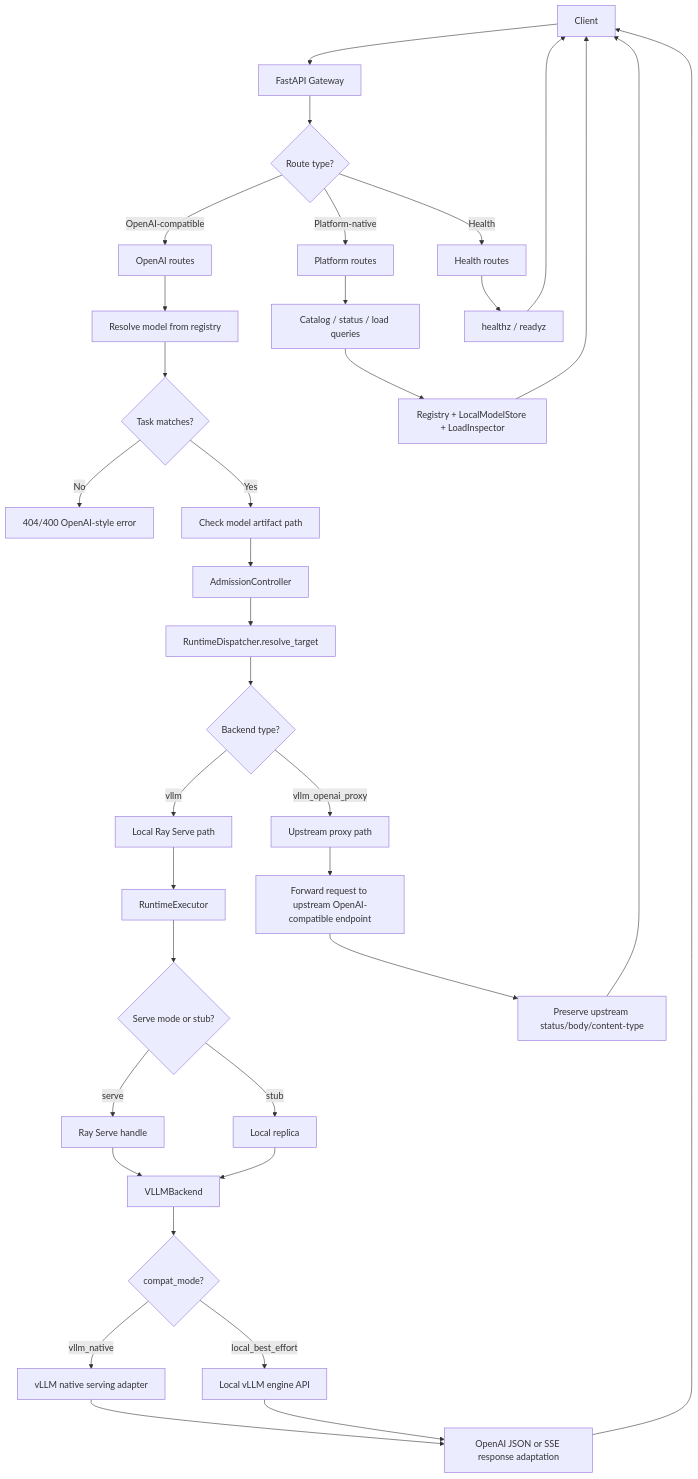
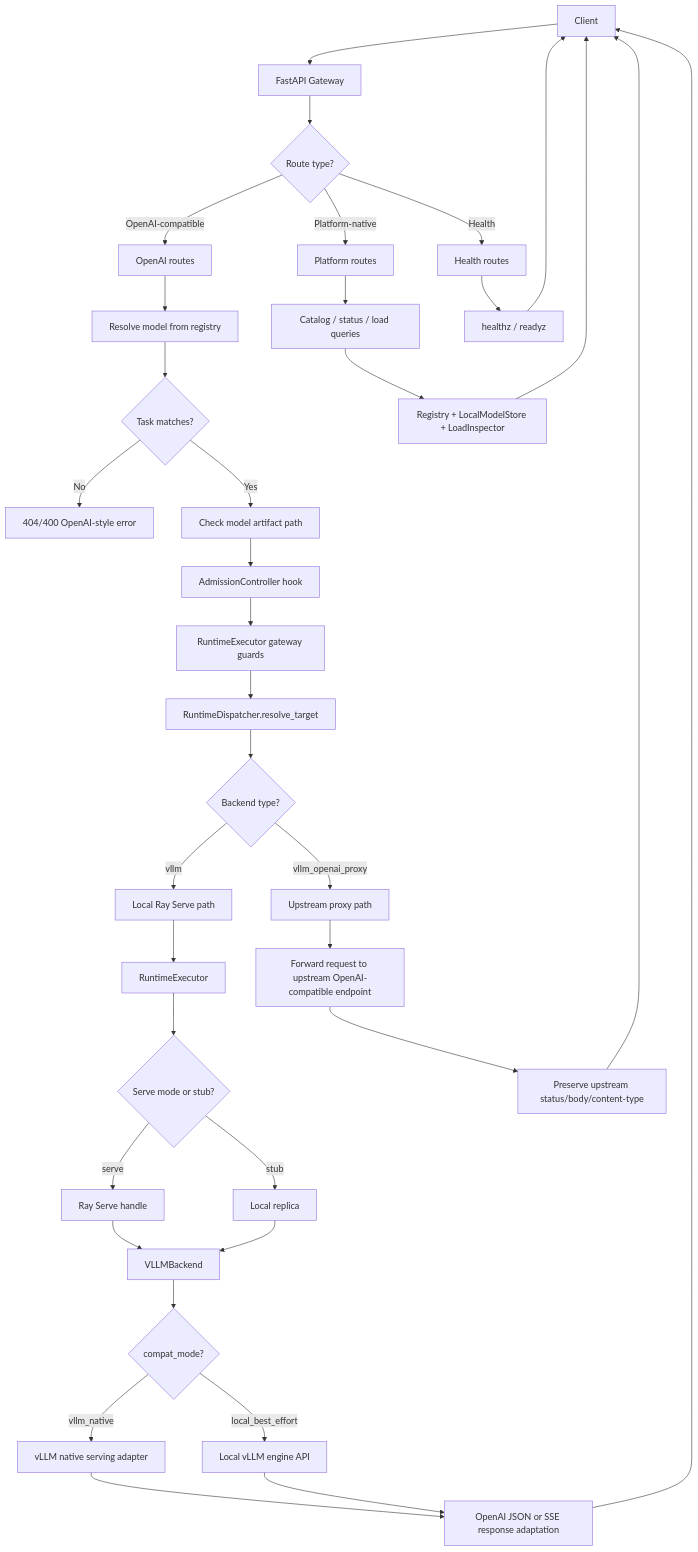
The second of 2 diagrams in docs/ARCHITECTURE.md (Flying-Henanese/infer-nexus), drawn with Mermaid before and after one commit. The commit also changed other lines of this file and 4 other files, not shown here.

Commit message:
feat(docs): update architecture documentation and design notes for clarity and current implementation status

````diff
--- a/docs/ARCHITECTURE.md
+++ b/docs/ARCHITECTURE.md
@@ -560,44 +598,45 @@
 ```mermaid
 flowchart TD
   C[Client] --> G[FastAPI Gateway]
   G --> V{Route type?}
 
   V -->|OpenAI-compatible| OA[OpenAI routes]
   V -->|Platform-native| PA[Platform routes]
   V -->|Health| HZ[Health routes]
 
   OA --> MR[Resolve model from registry]
   MR --> TK{Task matches?}
   TK -->|No| E1[404/400 OpenAI-style error]
   TK -->|Yes| MD[Check model artifact path]
-  MD --> AD[AdmissionController]
-  AD --> RQ[RuntimeDispatcher.resolve_target]
+  MD --> AD[AdmissionController hook]
+  AD --> GG[RuntimeExecutor gateway guards]
+  GG --> RQ[RuntimeDispatcher.resolve_target]
 
   RQ --> BT{Backend type?}
   BT -->|vllm| LX[Local Ray Serve path]
   BT -->|vllm_openai_proxy| PX[Upstream proxy path]
 
   LX --> EX[RuntimeExecutor]
   EX --> SR{Serve mode or stub?}
   SR -->|serve| RH[Ray Serve handle]
   SR -->|stub| LR[Local replica]
   RH --> VB[VLLMBackend]
   LR --> VB
   VB --> CMODE{compat_mode?}
   CMODE -->|vllm_native| NAD[vLLM native serving adapter]
   CMODE -->|local_best_effort| LBE[Local vLLM engine API]
   NAD --> RESP[Passthrough OpenAI JSON or SSE]
   LBE --> RESP[OpenAI JSON or SSE response adaptation]
   RESP --> C
 
   PX --> HTTP[Forward request to upstream OpenAI-compatible endpoint]
   HTTP --> PASSTHRU[Preserve upstream status/body/content-type]
   PASSTHRU --> C
 
   PA --> CRG[Catalog / status / load queries]
   CRG --> RG[Registry + LocalModelStore + LoadInspector]
   RG --> C
 
   HZ --> OK[healthz / readyz]
   OK --> C
 ```
````
